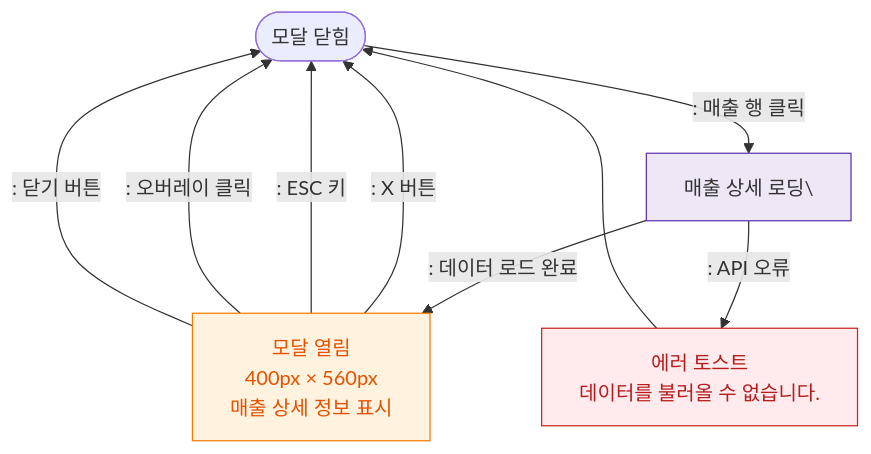
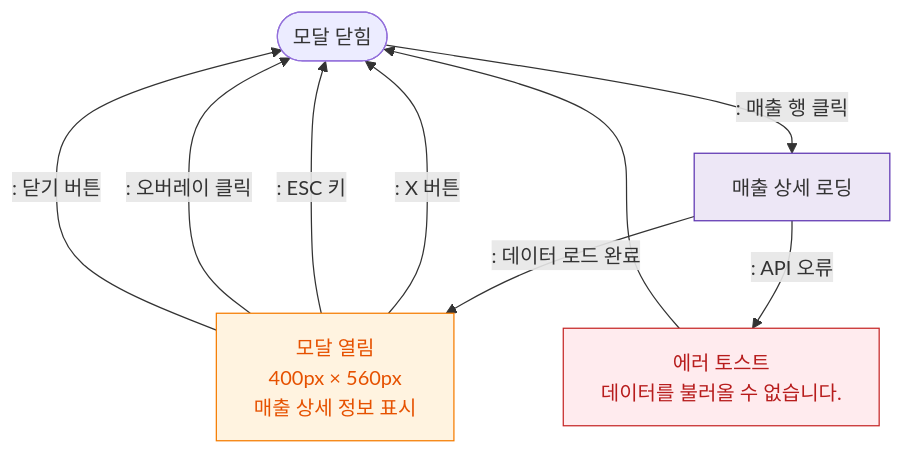
The diagram in docs/admin/다이어그램/D03_매출관리/DLG-S001_매출상세/M1_모달생명주기.md (dev-spogym/admin-pando), drawn with Mermaid before and after one commit. The commit also changed 369 other files, not shown here.

````diff
--- a/docs/admin/다이어그램/D03_매출관리/DLG-S001_매출상세/M1_모달생명주기.md
+++ b/docs/admin/다이어그램/D03_매출관리/DLG-S001_매출상세/M1_모달생명주기.md
@@ -18,21 +18,21 @@
 ```mermaid
 flowchart TD
-    CLOSED([모달 닫힘]) -->|": 매출 행 클릭"|LOADING[매출 상세 로딩\]
+    CLOSED([모달 닫힘]) -->|": 매출 행 클릭"|LOADING[매출 상세 로딩]
     LOADING -->|": 데이터 로드 완료"|OPEN[모달 열림\n400px × 560px\n매출 상세 정보 표시]
     LOADING -->|": API 오류"|ERR_TOAST[에러 토스트\n데이터를 불러올 수 없습니다.]
 
     OPEN -->|": X 버튼"|CLOSED
     OPEN -->|": ESC 키"|CLOSED
     OPEN -->|": 오버레이 클릭"|CLOSED
     OPEN -->|": 닫기 버튼"|CLOSED
 
     ERR_TOAST --> CLOSED
 
     classDef modal fill:#FFF3E0,stroke:#F57C00,color:#E65100
     classDef system fill:#EDE7F6,stroke:#5E35B2
     classDef error fill:#FFEBEE,stroke:#C62828,color:#B71C1C
 
     class OPEN modal
     class LOADING system
     class ERR_TOAST error
 ```
````
